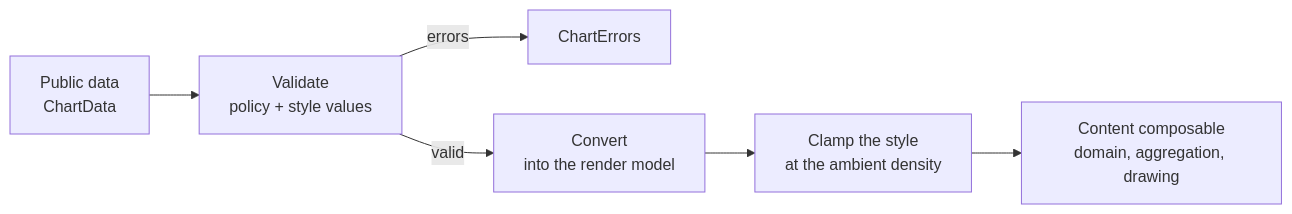
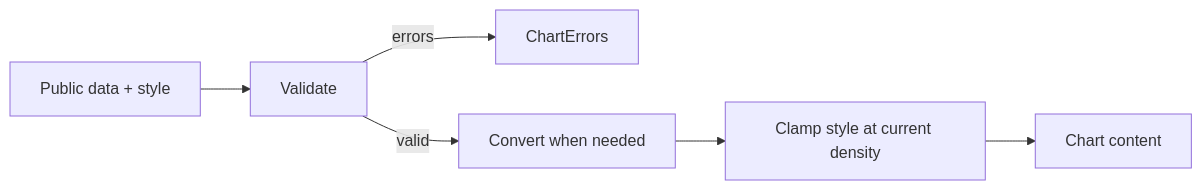
One commit to HDCharts/charts-docs changed the diagram in content/dev/internals/entry-seam.md. Above: the diagram before and after it, drawn with Mermaid. The commit also changed other lines of this file and 20 other files, not shown here.

Commit message:
docs(snapshot): sync release notes, wiki docs, chart screenshots, GIF baselines, and hero image

````diff
--- a/content/dev/internals/entry-seam.md
+++ b/content/dev/internals/entry-seam.md
@@ -14,8 +14,8 @@
 ```mermaid
 flowchart LR
-  D["Public data<br/>ChartData"] --> V["Validate<br/>policy + style values"]
-  V -->|errors| E["ChartErrors"]
-  V -->|valid| C["Convert<br/>into the render model"]
-  C --> K["Clamp the style<br/>at the ambient density"]
-  K --> R["Content composable<br/>domain, aggregation, drawing"]
+  D["Public data + style"] --> V[Validate]
+  V -->|errors| E[ChartErrors]
+  V -->|valid| C["Convert when needed"]
+  C --> K["Clamp style at current density"]
+  K --> R["Chart content"]
 ```
````
